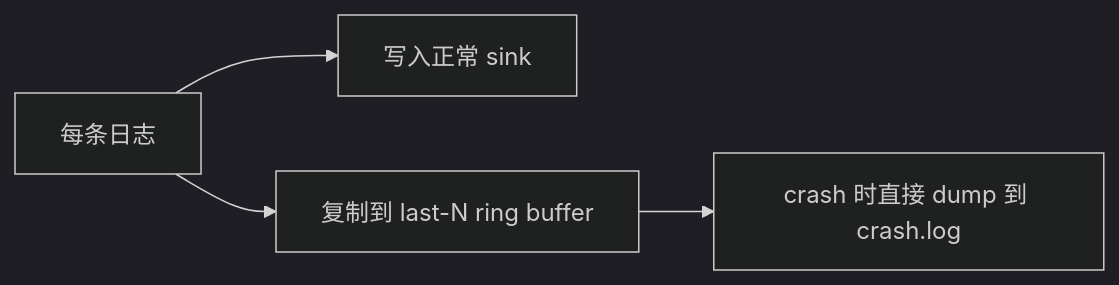
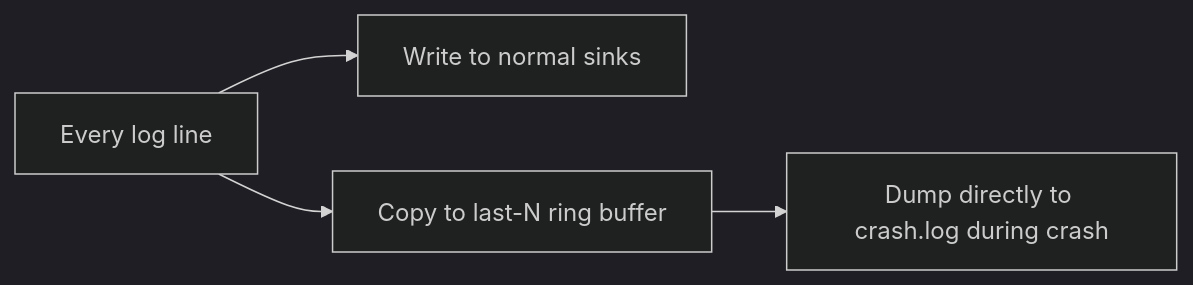
Before and after one commit to HuangX666/hx_clog: the ninth of 12 diagrams in README.md, drawn with Mermaid (dark theme). The commit also changed other lines of this file and 9 other files, not shown here.

````diff
--- a/README.md
+++ b/README.md
@@ -876,6 +879,6 @@
 ```mermaid
 flowchart LR
-    A["每条日志"] --> B["写入正常 sink"]
-    A --> C["复制到 last-N ring buffer"]
-    C --> D["crash 时直接 dump 到 crash.log"]
+    A["Every log line"] --> B["Write to normal sinks"]
+    A --> C["Copy to last-N ring buffer"]
+    C --> D["Dump directly to crash.log during crash"]
 ```
````
